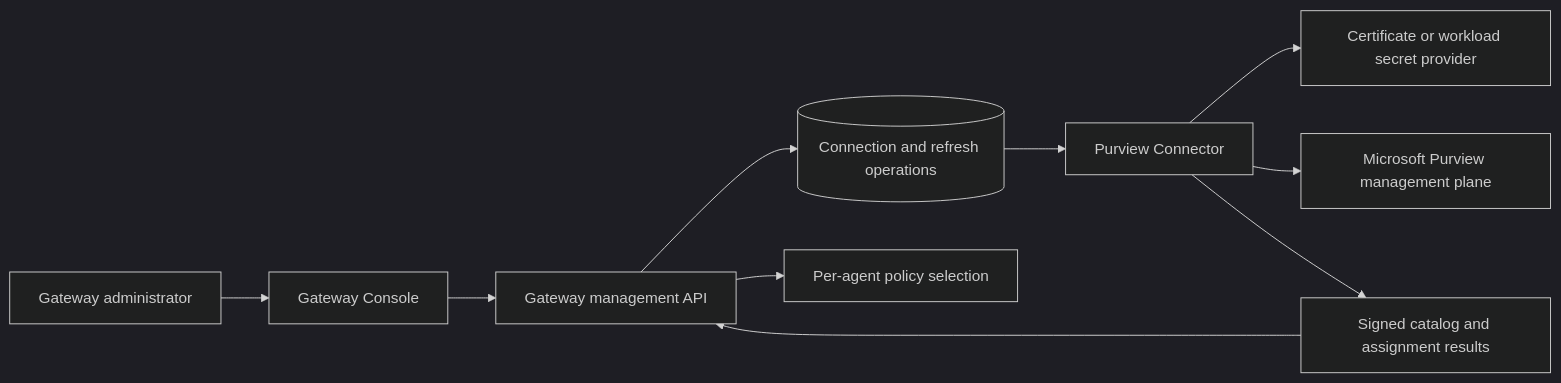
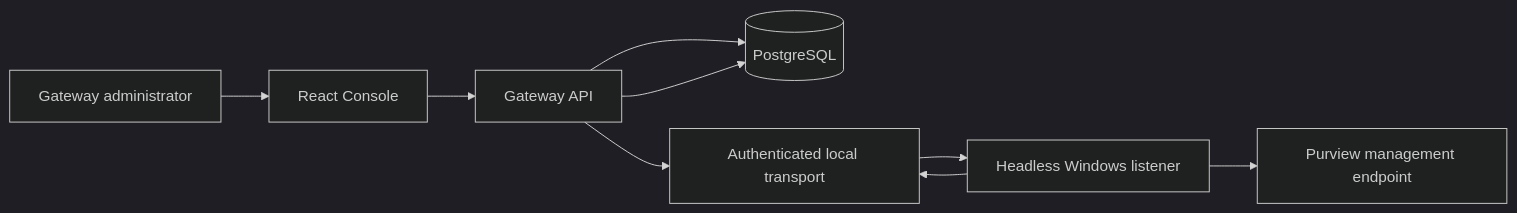
Before and after one commit to patrick-shim/a365-custom-gateway: the diagram in docs/spec/purview-connector-vnext.md, drawn with Mermaid (dark theme). The commit also changed other lines of this file and 77 other files, not shown here.

````diff
--- a/docs/spec/purview-connector-vnext.md
+++ b/docs/spec/purview-connector-vnext.md
@@ -71,12 +38,11 @@
 ```mermaid
 flowchart LR
-    Admin[Gateway administrator] --> Console[Gateway Console]
-    Console --> API[Gateway management API]
-    API --> Jobs[(Connection and refresh operations)]
-    Jobs --> Connector[Purview Connector]
-    Connector --> Secrets[Certificate or workload secret provider]
-    Connector --> Purview[Microsoft Purview management plane]
-    Connector --> Catalog[Signed catalog and assignment results]
-    Catalog --> API
-    API --> Agents[Per-agent policy selection]
+    Admin[Gateway administrator] --> Console[React Console]
+    Console --> API[Gateway API]
+    API --> DB[(PostgreSQL)]
+    API --> Transport[Authenticated local transport]
+    Transport --> Listener[Headless Windows listener]
+    Listener --> Purview[Purview management endpoint]
+    Listener --> Transport
+    API --> DB
 ```
````
